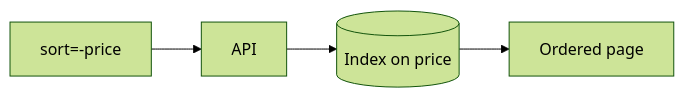
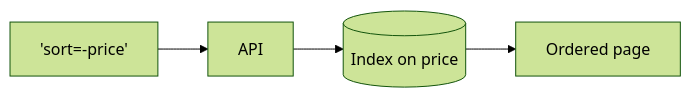
One commit to hareramcse/SystemDesign changed diagram 15 of 26 in 07-api-design/README.md. Above: the diagram before and after it, drawn with Mermaid (forest theme). The commit also changed other lines of this file and 14 other files, not shown here.

````diff
--- a/07-api-design/README.md
+++ b/07-api-design/README.md
@@ -940,6 +940,6 @@
 ```mermaid
 flowchart LR
-    Sort["sort=-price"] --> API
+    Sort['sort=-price'] --> API
     API --> IDX[(Index on price)]
     IDX --> Ordered[Ordered page]
 ```
````
